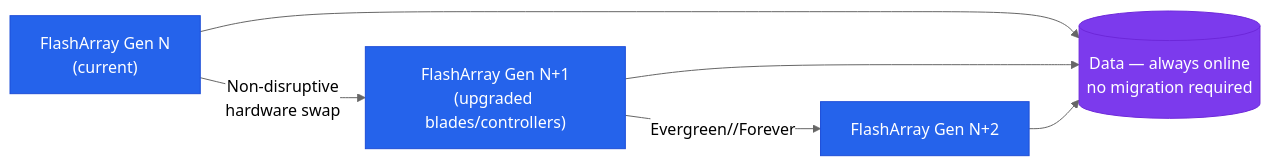
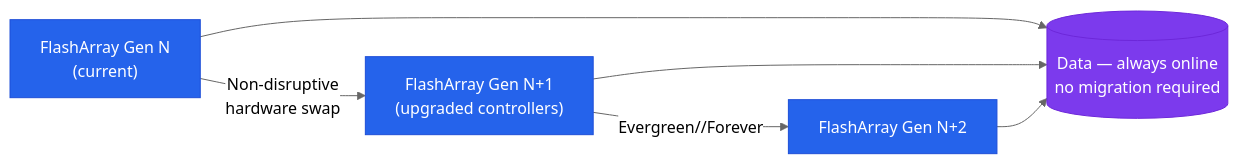
One commit to canast01/chris-kb changed the diagram in docs/storage/pure/evergreen/architecture/index.md. Above: the diagram before and after it, drawn with Mermaid (neutral theme). The commit also changed other lines of this file and 19 other files, not shown here.

````diff
--- a/docs/storage/pure/evergreen/architecture/index.md
+++ b/docs/storage/pure/evergreen/architecture/index.md
@@ -20,10 +19,10 @@
 ```mermaid
 graph LR
-  A["FlashArray Gen N\n(current)"] -->|"Non-disruptive\nhardware swap"| B["FlashArray Gen N+1\n(upgraded blades/controllers)"]
+  A["FlashArray Gen N\n(current)"] -->|"Non-disruptive\nhardware swap"| B["FlashArray Gen N+1\n(upgraded controllers)"]
   B -->|"Evergreen//Forever"| C["FlashArray Gen N+2"]
   A & B & C --> DATA[("Data — always online\nno migration required")]
   classDef ctrl fill:#2563eb,stroke:#1d4ed8,color:#fff
   classDef store fill:#7c3aed,stroke:#6d28d9,color:#fff
   class A,B,C ctrl
   class DATA store
 ```
````
